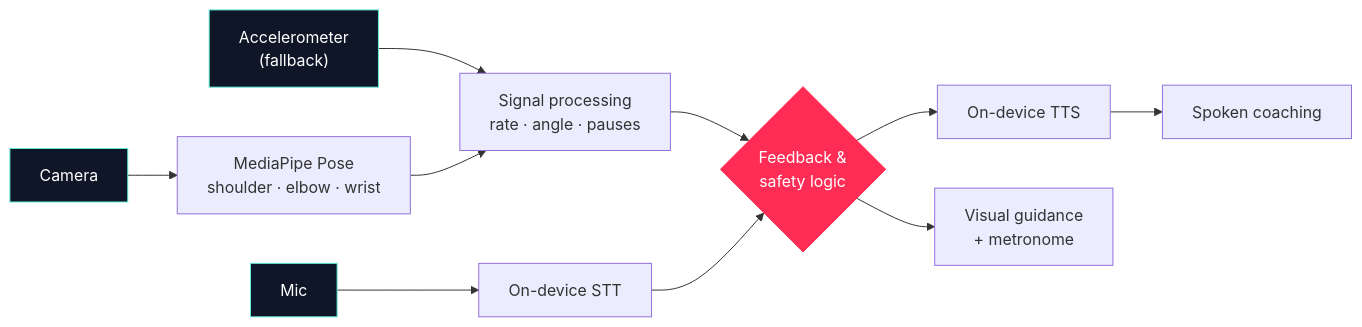
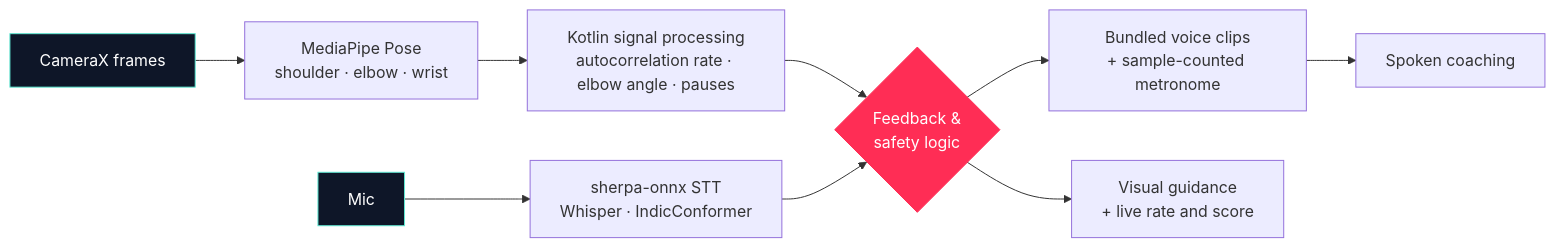
One commit to VivekTiwary-25/Zero_flux changed the diagram in README.md. Above: the diagram before and after it, drawn with Mermaid. The commit also changed other lines of this file, not shown here.

````diff
--- a/README.md
+++ b/README.md
@@ -110,15 +110,13 @@
 ```mermaid
 flowchart LR
-    CAM["Camera"] --> POSE["MediaPipe Pose<br/>shoulder · elbow · wrist"]
-    IMU["Accelerometer<br/>(fallback)"] --> SIG
-    POSE --> SIG["Signal processing<br/>rate · angle · pauses"]
+    CAM["CameraX frames"] --> POSE["MediaPipe Pose<br/>shoulder · elbow · wrist"]
+    POSE --> SIG["Kotlin signal processing<br/>autocorrelation rate · elbow angle · pauses"]
     SIG --> LOGIC{"Feedback &<br/>safety logic"}
-    MIC["Mic"] --> STT["On-device STT"] --> LOGIC
-    LOGIC --> TTS["On-device TTS"] --> SPK["Spoken coaching"]
-    LOGIC --> UI["Visual guidance<br/>+ metronome"]
+    MIC["Mic"] --> STT["sherpa-onnx STT<br/>Whisper · IndicConformer"] --> LOGIC
+    LOGIC --> VOICE["Bundled voice clips<br/>+ sample-counted metronome"] --> SPK["Spoken coaching"]
+    LOGIC --> UI["Visual guidance<br/>+ live rate and score"]
 
     style LOGIC fill:#ff2d55,stroke:#ff2d55,color:#fff
     style CAM fill:#0e1628,stroke:#5eead4,color:#fff
-    style IMU fill:#0e1628,stroke:#5eead4,color:#fff
     style MIC fill:#0e1628,stroke:#5eead4,color:#fff
 ```
````
